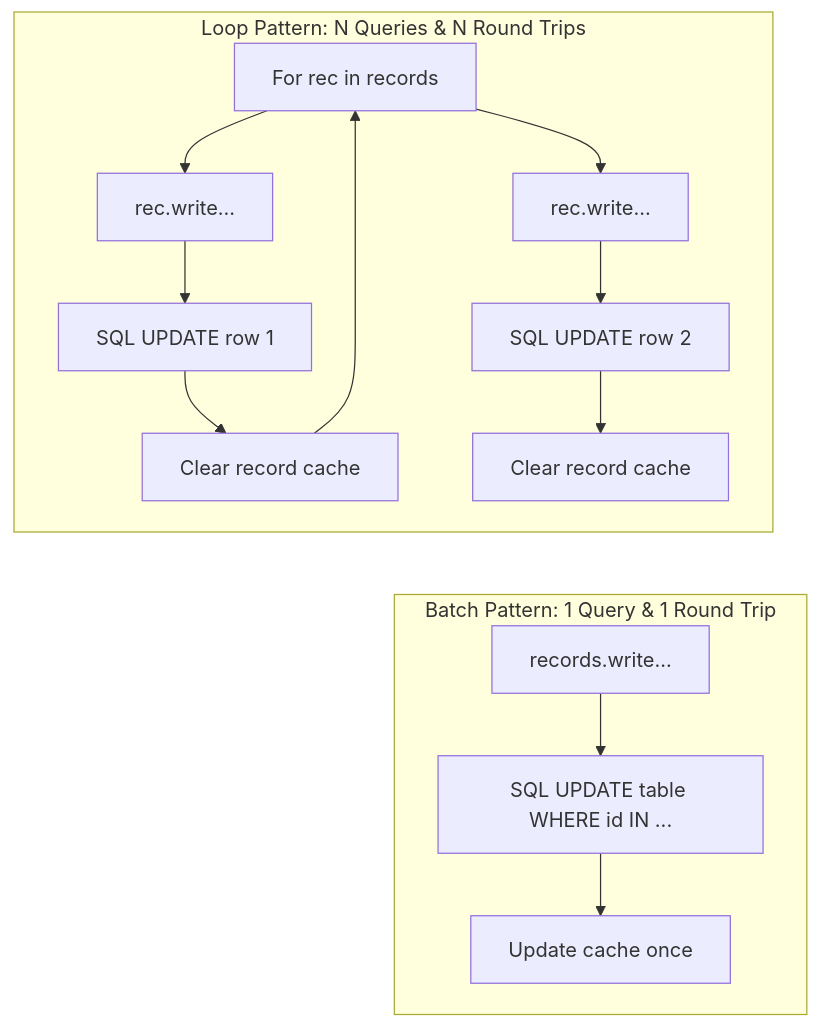
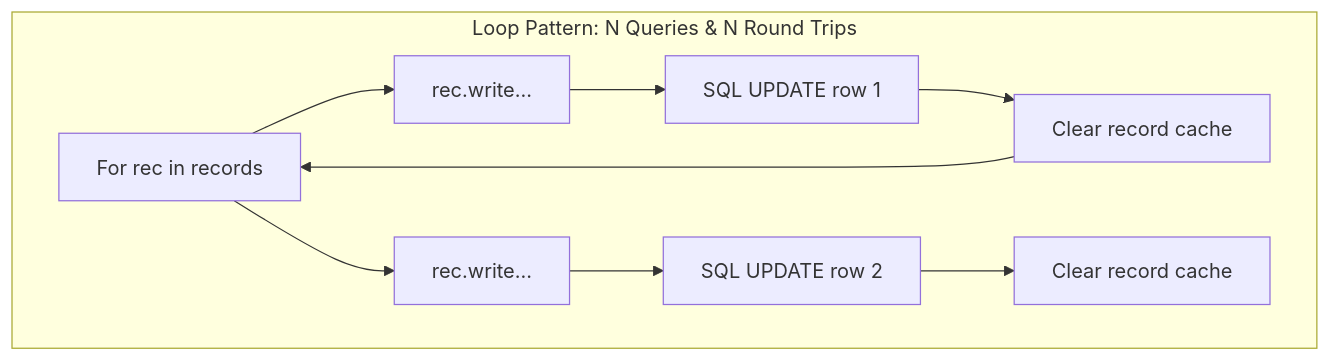
One commit to Kashyap-001/odoo19-docs changed the first of 2 diagrams in docs/crud/batch_operations.md. Above: the diagram before and after it, drawn with Mermaid. The commit also changed 2 other files, not shown here.

Commit message:
style: split wide independent diagrams into separate Mermaid code blocks to guarantee perfect vertical stacking

````diff
--- a/docs/crud/batch_operations.md
+++ b/docs/crud/batch_operations.md
@@ -157,20 +157,12 @@
 ```mermaid
 graph TD
     subgraph "Loop Pattern: N Queries & N Round Trips"
         Loop[For rec in records] --> W1[rec.write...]
         W1 --> SQL1[SQL UPDATE row 1]
         SQL1 --> Cache1[Clear record cache]
         Cache1 --> Loop
         Loop --> W2[rec.write...]
         W2 --> SQL2[SQL UPDATE row 2]
         SQL2 --> Cache2[Clear record cache]
     end
-
-    subgraph "Batch Pattern: 1 Query & 1 Round Trip"
-        Batch[records.write...] --> SQLB[SQL UPDATE table WHERE id IN ...]
-        SQLB --> CacheB[Update cache once]
-    end
-
-    %% Force vertical stacking of subgraphs
-    Cache2 ~~~ Batch
 ```
````
